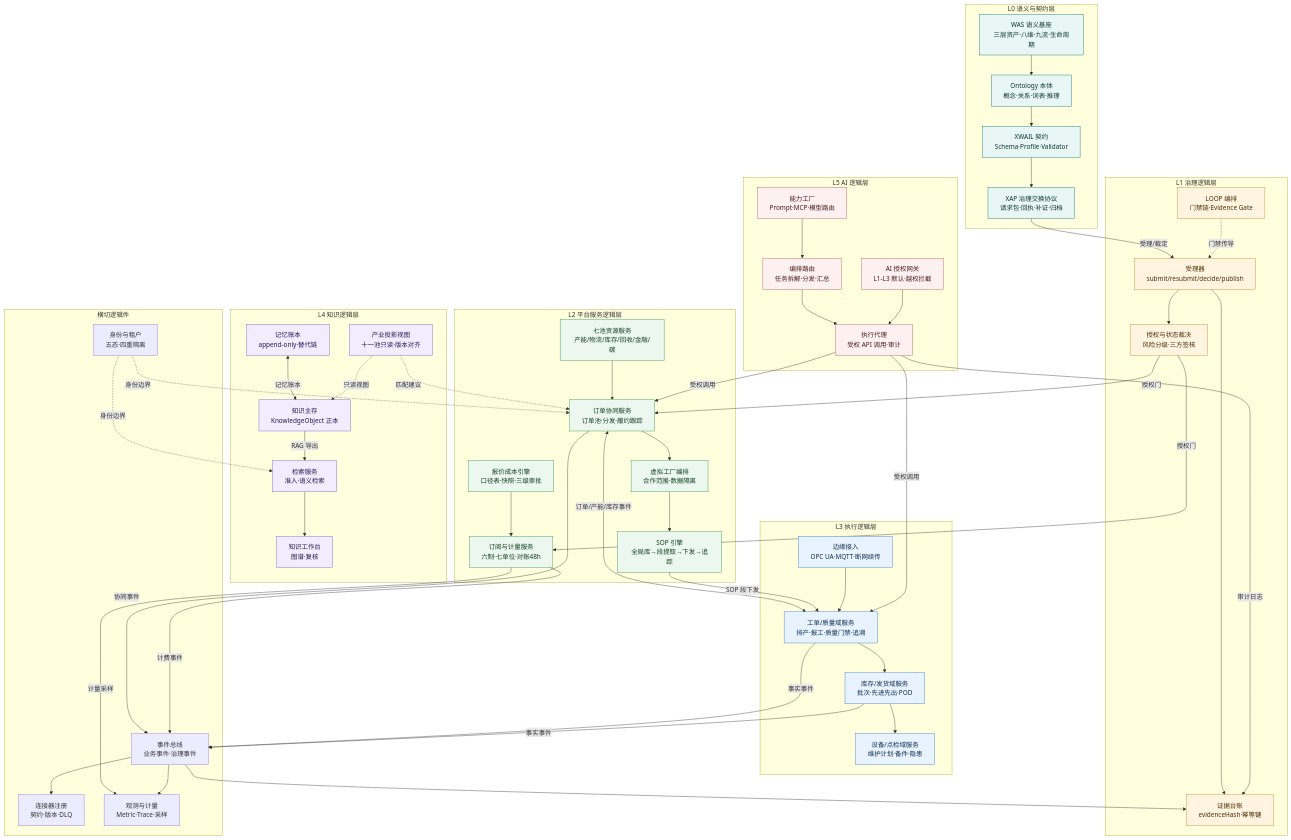
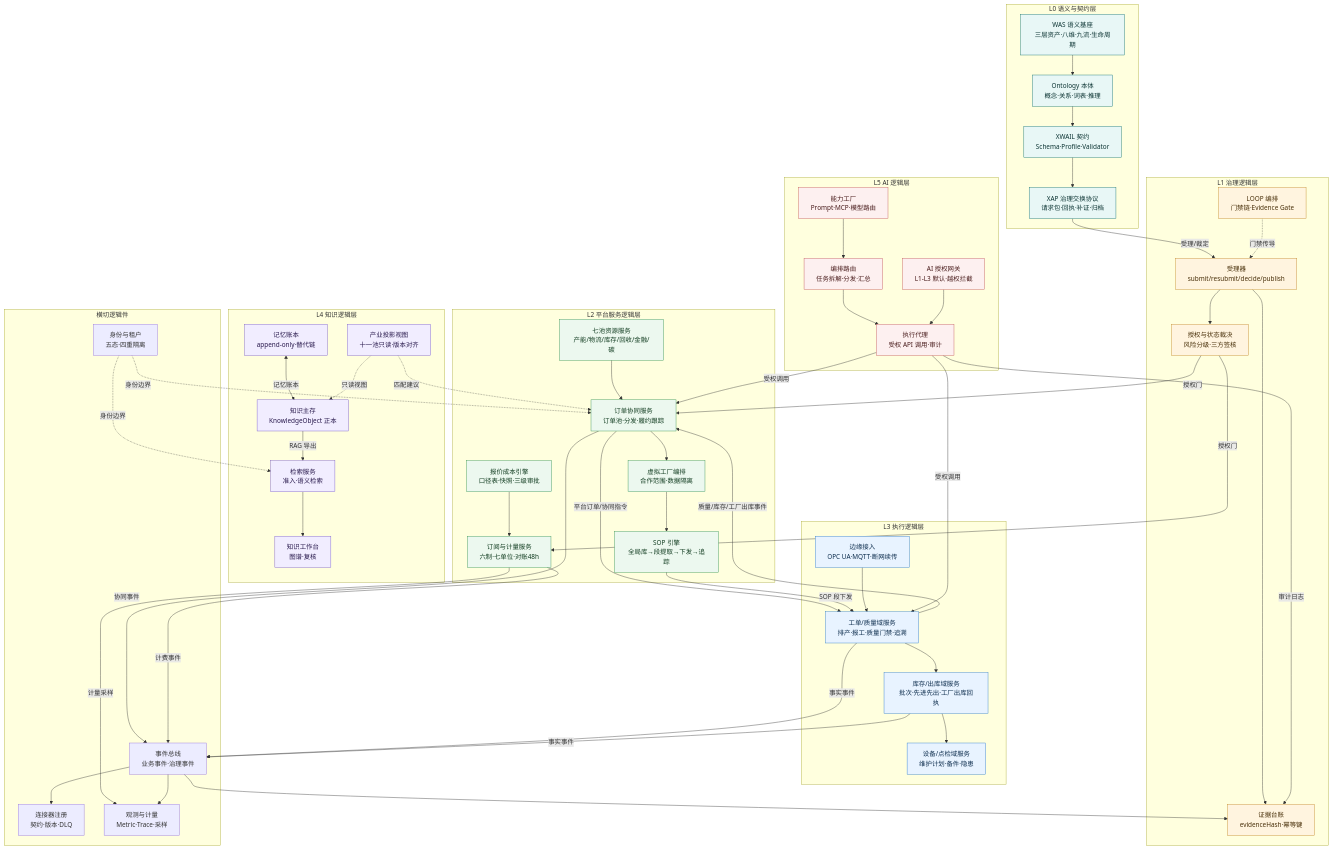
Before and after one commit to Jiumilu/GCGPCF: the diagram in .kds/development-space/开发/90-跨项目架构/01-architecture/GlobalCloud项目群总体架构迭代分析_v1.0.md, drawn with Mermaid. The commit also changed other lines of this file and 605 other files, not shown here.

```diff
--- a/.kds/development-space/开发/90-跨项目架构/01-architecture/GlobalCloud项目群总体架构迭代分析_v1.0.md
+++ b/.kds/development-space/开发/90-跨项目架构/01-architecture/GlobalCloud项目群总体架构迭代分析_v1.0.md
@@ -126,7 +126,7 @@
 
   subgraph L3["L3 执行逻辑层"]
     MES["工单/质量域服务<br/>排产·报工·质量门禁·追溯"]
-    WMS["库存/发货域服务<br/>批次·先进先出·POD"]
+    WMS["库存/出库域服务<br/>批次·先进先出·工厂出库回执"]
     EAM["设备/点检域服务<br/>维护计划·备件·隐患"]
     OT["边缘接入<br/>OPC UA·MQTT·断网续传"]
   end
@@ -160,7 +160,8 @@
   AUTHZ -->|"授权门"| ORDER
   AUTHZ -->|"授权门"| SUB
   LOOP -. "门禁传导" .-> INTAKE
-  ORDER <-->|"订单/产能/库存事件"| MES
+  ORDER -->|"平台订单/协同指令"| MES
+  MES -->|"质量/库存/工厂出库事件"| ORDER
   ORDER --> VF
   VF --> SOPENG
   POOLS --> ORDER
```
